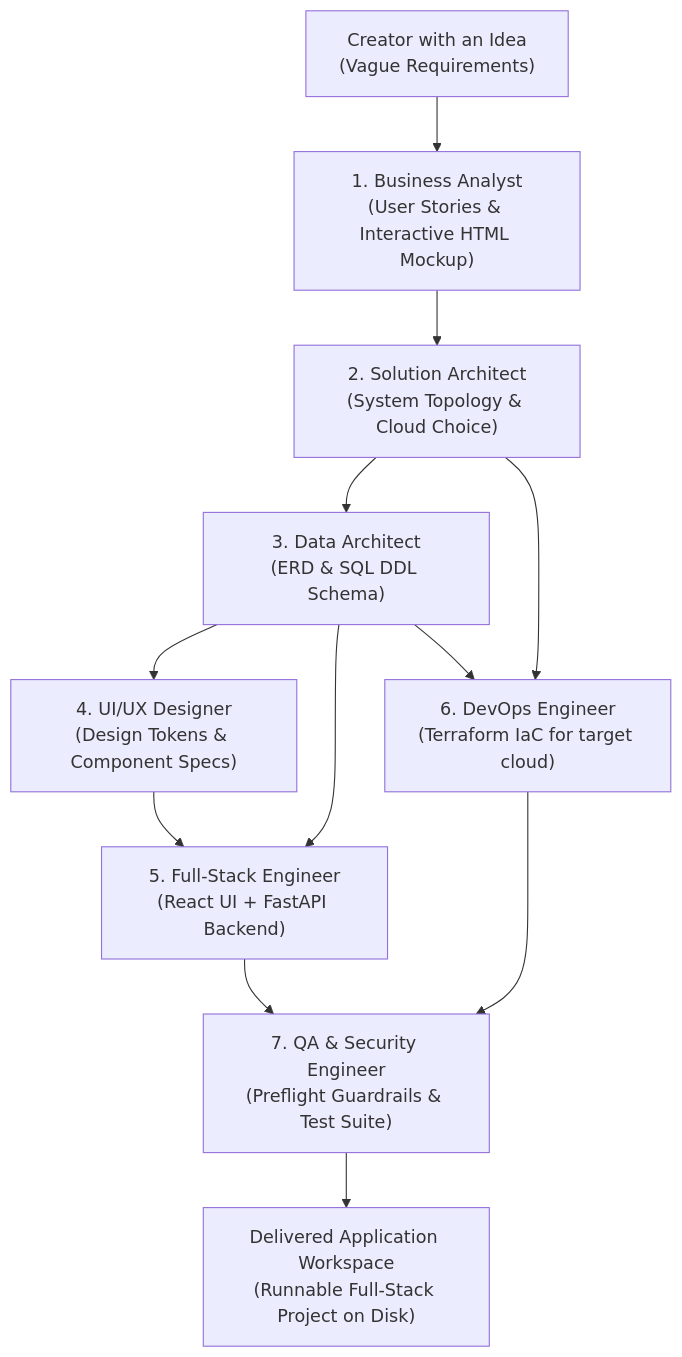
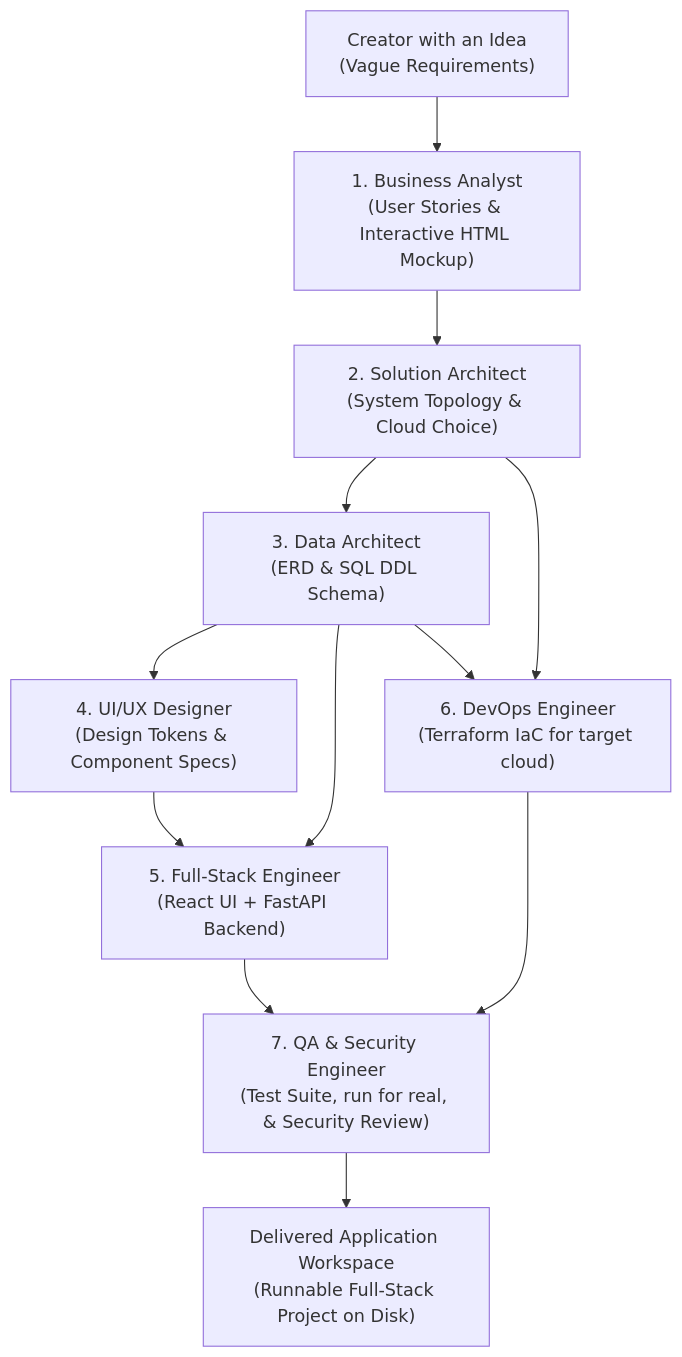
The first of 2 diagrams in README.md (sabburi1994/nexus), drawn with Mermaid before and after one commit. The commit also changed other lines of this file and 24 other files, not shown here.

````diff
--- a/README.md
+++ b/README.md
@@ -44,11 +44,11 @@
 ```mermaid
 flowchart TD
     User["Creator with an Idea<br/>(Vague Requirements)"] --> BA["1. Business Analyst<br/>(User Stories & Interactive HTML Mockup)"]
     BA --> SA["2. Solution Architect<br/>(System Topology & Cloud Choice)"]
     SA --> DA["3. Data Architect<br/>(ERD & SQL DDL Schema)"]
     DA --> Design["4. UI/UX Designer<br/>(Design Tokens & Component Specs)"]
     Design & DA --> FS["5. Full-Stack Engineer<br/>(React UI + FastAPI Backend)"]
     SA & DA --> DevOps["6. DevOps Engineer<br/>(Terraform IaC for target cloud)"]
-    FS & DevOps --> QA["7. QA & Security Engineer<br/>(Preflight Guardrails & Test Suite)"]
+    FS & DevOps --> QA["7. QA & Security Engineer<br/>(Test Suite, run for real, & Security Review)"]
     QA --> Repo["Delivered Application Workspace<br/>(Runnable Full-Stack Project on Disk)"]
 ```
````
